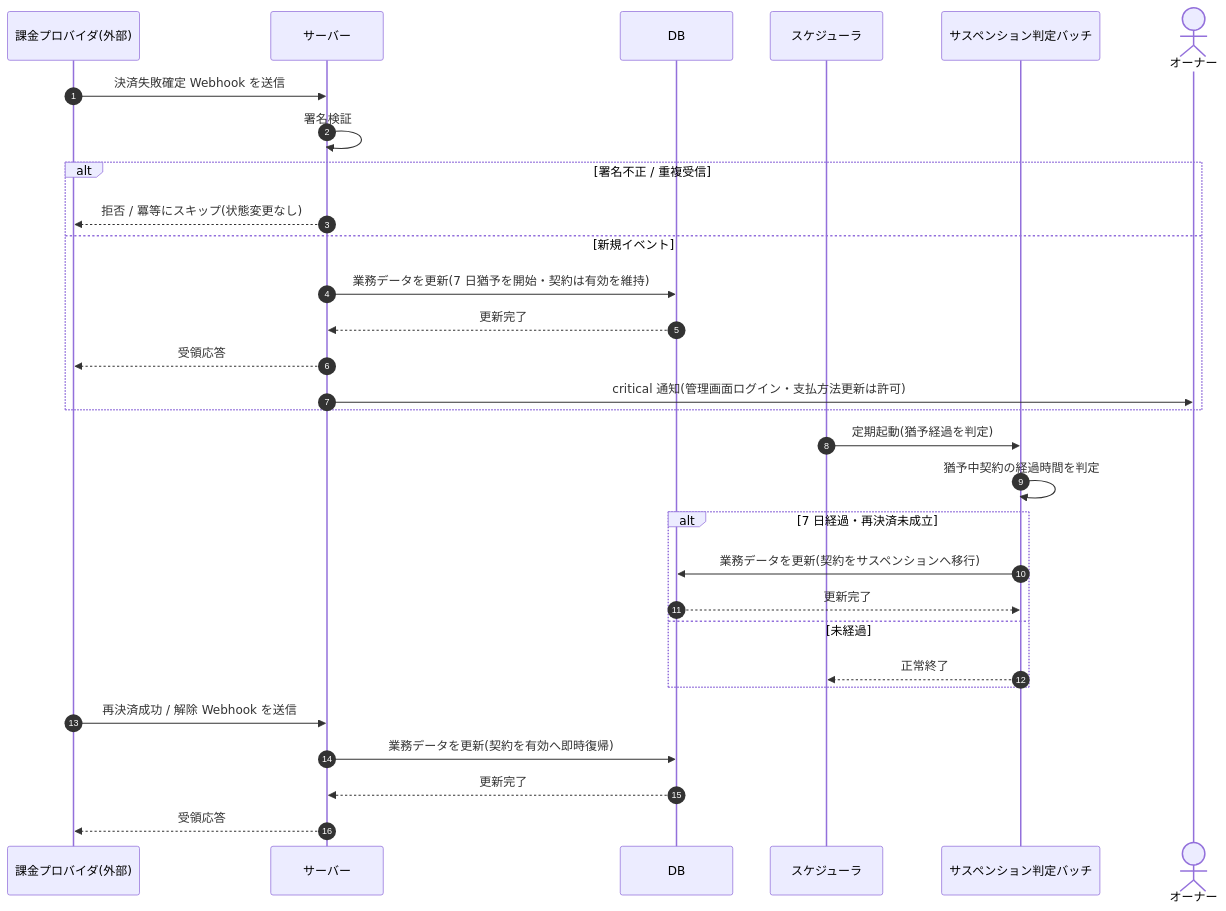
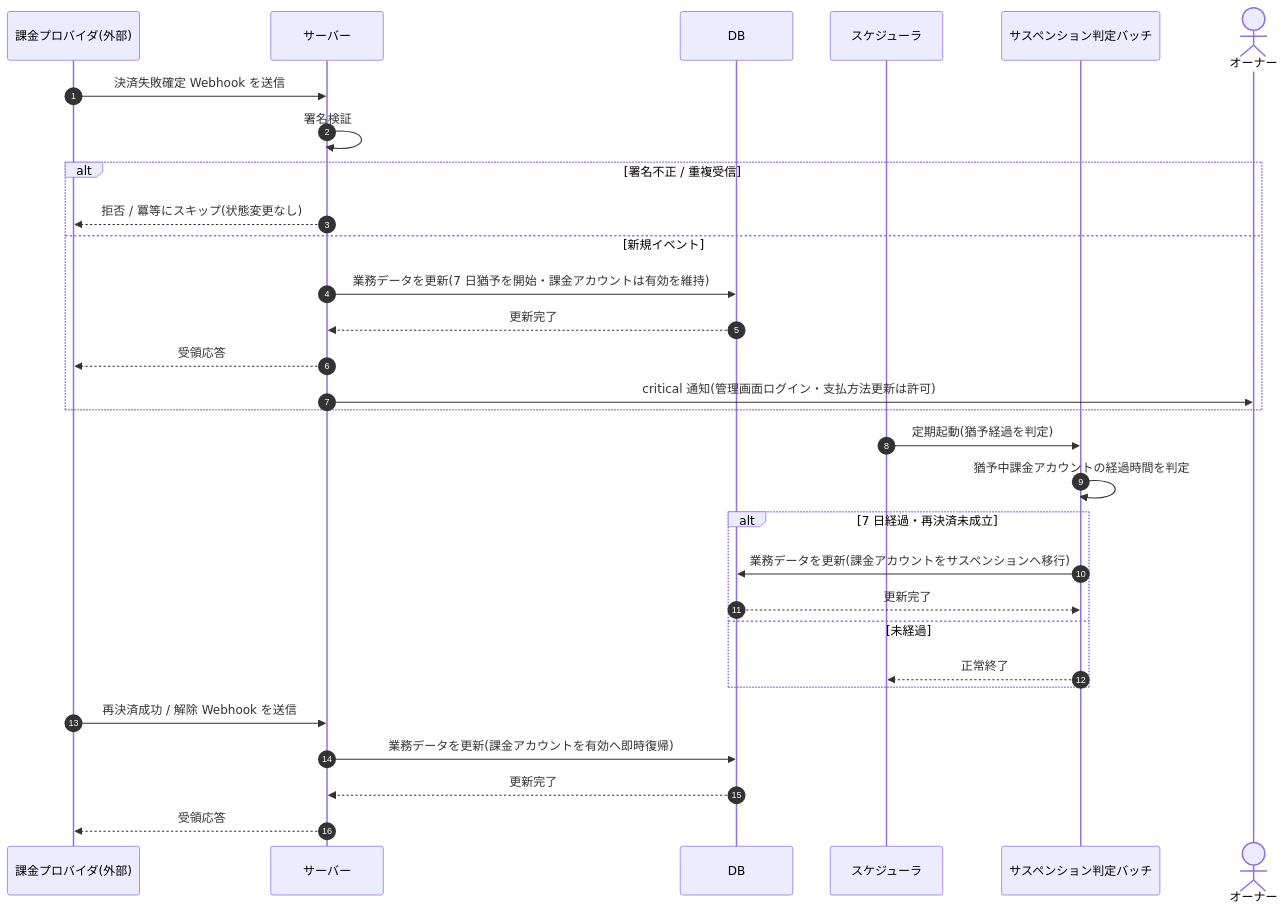
Before and after one commit to sikakou54/open-faq: the diagram in 02_basic_design/03_sequences/SEQ-101.md, drawn with Mermaid. The commit also changed other lines of this file and 294 other files, not shown here.

````diff
--- a/02_basic_design/03_sequences/SEQ-101.md
+++ b/02_basic_design/03_sequences/SEQ-101.md
@@ -24,32 +24,32 @@
 ```mermaid
 sequenceDiagram
   autonumber
   participant P as 課金プロバイダ(外部)
   participant Server as サーバー
   participant DB as DB
   participant SCH as スケジューラ
   participant B as サスペンション判定バッチ
   actor O as オーナー
   P->>Server: 決済失敗確定 Webhook を送信
   Server->>Server: 署名検証
   alt 署名不正 / 重複受信
     Server-->>P: 拒否 / 冪等にスキップ(状態変更なし)
   else 新規イベント
-    Server->>DB: 業務データを更新(7 日猶予を開始・契約は有効を維持)
+    Server->>DB: 業務データを更新(7 日猶予を開始・課金アカウントは有効を維持)
     DB-->>Server: 更新完了
     Server-->>P: 受領応答
     Server->>O: critical 通知(管理画面ログイン・支払方法更新は許可)
   end
   SCH->>B: 定期起動(猶予経過を判定)
-  B->>B: 猶予中契約の経過時間を判定
+  B->>B: 猶予中課金アカウントの経過時間を判定
   alt 7 日経過・再決済未成立
-    B->>DB: 業務データを更新(契約をサスペンションへ移行)
+    B->>DB: 業務データを更新(課金アカウントをサスペンションへ移行)
     DB-->>B: 更新完了
   else 未経過
     B-->>SCH: 正常終了
   end
   P->>Server: 再決済成功 / 解除 Webhook を送信
-  Server->>DB: 業務データを更新(契約を有効へ即時復帰)
+  Server->>DB: 業務データを更新(課金アカウントを有効へ即時復帰)
   DB-->>Server: 更新完了
   Server-->>P: 受領応答
 ```
````
